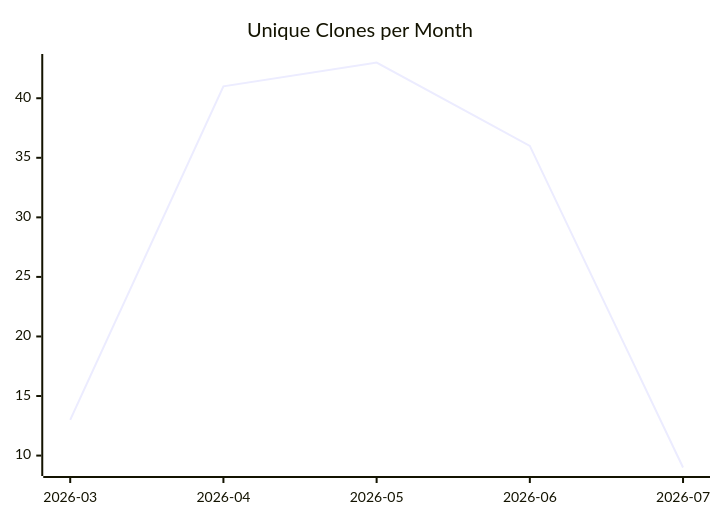
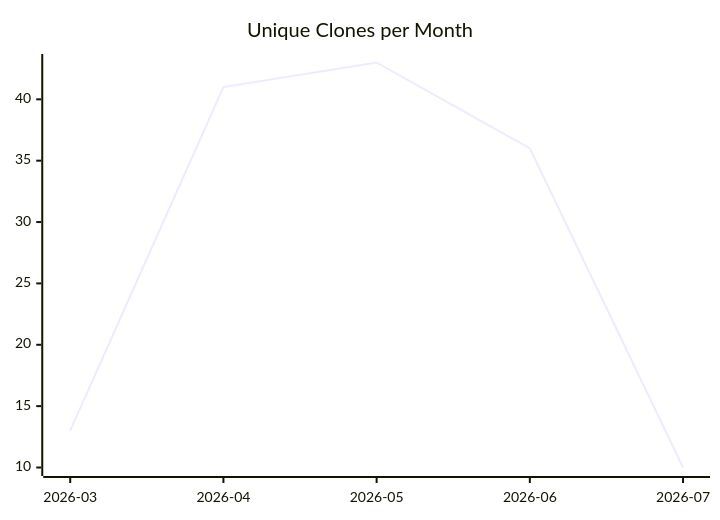
The third of 3 diagrams in karlmdavis/usgs-water-api-java/README.md (justdavis-family/github-analytics-data), drawn with Mermaid before and after one commit. The commit also changed other lines of this file and 185 other files, not shown here.

````diff
--- a/karlmdavis/usgs-water-api-java/README.md
+++ b/karlmdavis/usgs-water-api-java/README.md
@@ -19,6 +19,6 @@
 ```mermaid
 xychart-beta
   title "Unique Clones per Month"
   x-axis ["2026-03", "2026-04", "2026-05", "2026-06", "2026-07"]
-  line [13, 41, 43, 36, 9]
+  line [13, 41, 43, 36, 10]
 ```
````
